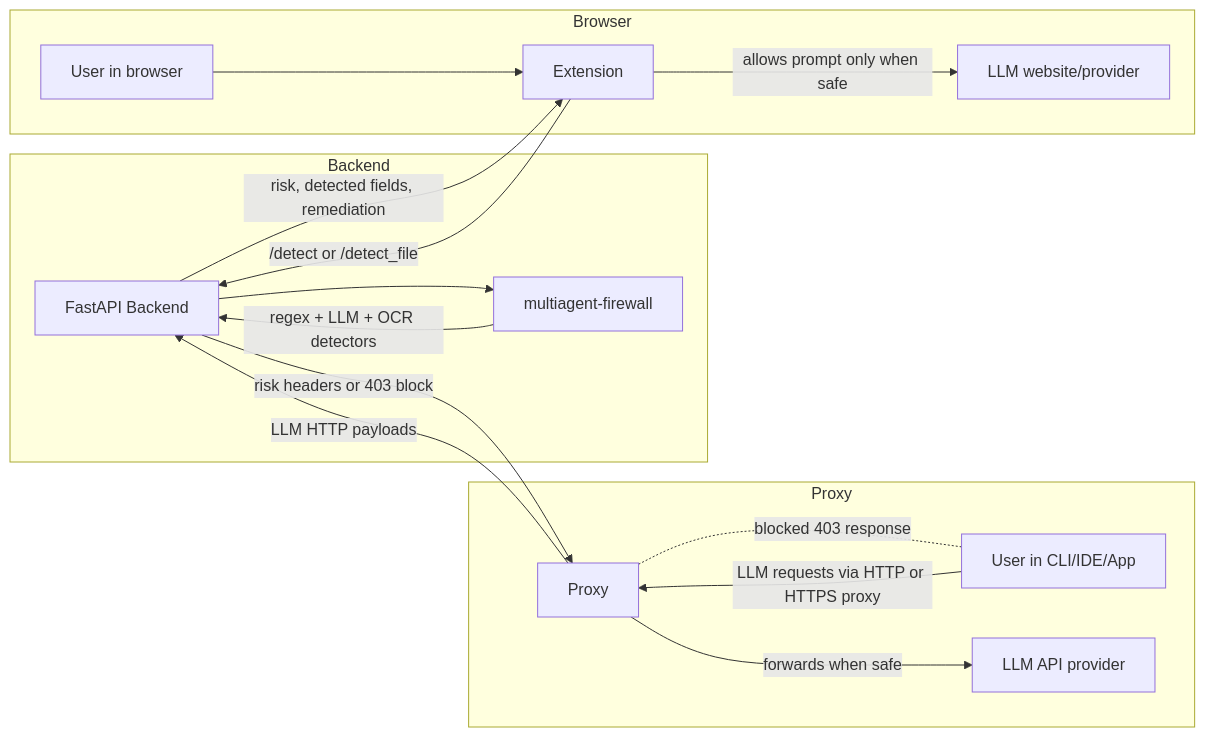
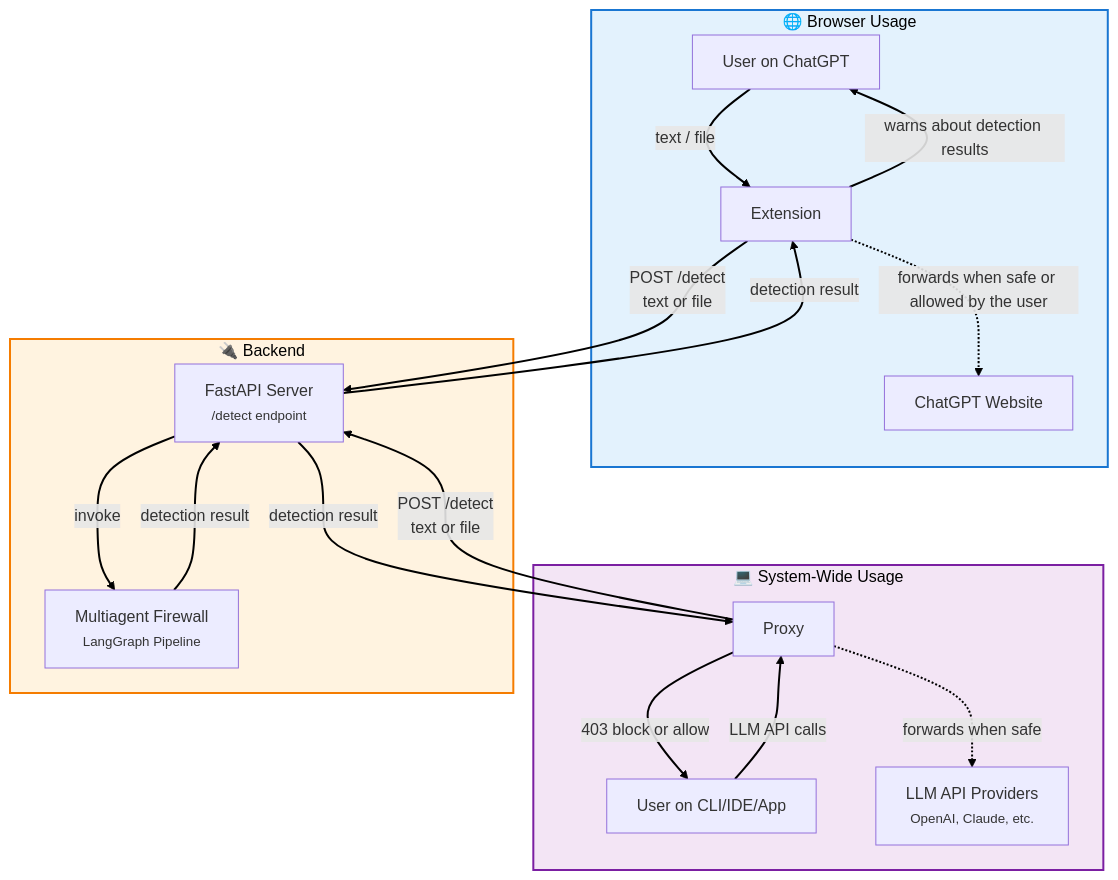
Before and after one commit to xHugo21/sensitive-data-detector: the diagram in README.md, drawn with Mermaid. The commit also changed other lines of this file, not shown here.

Commit message:
docs: remove exclusive features section from readme

````diff
--- a/README.md
+++ b/README.md
@@ -21,26 +21,37 @@
 ```mermaid
-flowchart LR
-  subgraph Backend["Backend"]
-    B[FastAPI Backend]
-    B --> O[multiagent-firewall]
-    O -->|regex + LLM + OCR detectors| B
-  end
+flowchart TB
+    subgraph Browser["🌐 Browser Usage"]
+        USER1[User on ChatGPT]
+        EXT[Extension]
+        CHATGPT[ChatGPT Website]
+        
+        USER1 -->|text / file| EXT
+        EXT -->|warns about detection results| USER1
+        EXT -.->|forwards when safe or allowed by the user| CHATGPT
+    end
+    subgraph SystemWide["💻 System-Wide Usage"]
+        USER2[User on CLI/IDE/App]
+        PROXY[Proxy]
+        LLMAPI[LLM API Providers<br/><small>OpenAI, Claude, etc.</small>]
+        
+        USER2 -->|LLM API calls| PROXY
+        PROXY -->|403 block or allow| USER2
+        PROXY -.->|forwards when safe| LLMAPI
+    end
+    subgraph Backend["🔌 Backend"]
+        API[FastAPI Server<br/><small>/detect endpoint</small>]
+        FIREWALL[Multiagent Firewall<br/><small>LangGraph Pipeline</small>]
+        API -->|invoke | FIREWALL
+        FIREWALL -->|detection result| API
+    end
+    EXT -->|POST /detect<br/>text or file| API
+    PROXY -->|POST /detect<br/>text or file| API
+    
+    API -->|detection result| EXT
+    API -->|detection result| PROXY
+    style Browser fill:#e3f2fd,stroke:#1976d2,stroke-width:2px,color:#000
+    style SystemWide fill:#f3e5f5,stroke:#7b1fa2,stroke-width:2px,color:#000
+    style Backend fill:#fff3e0,stroke:#f57c00,stroke-width:2px,color:#000
 
-  subgraph Browser
-    U[User in browser] --> E[Extension]
-    E -->|/detect or /detect_file| B
-
-    E -->|allows prompt only when safe| S[LLM website/provider]
-  end
-
-  subgraph Proxy["Proxy"]
-    A[User in CLI/IDE/App] -->|LLM requests via HTTP or HTTPS proxy| P[Proxy]
-    P -->|LLM HTTP payloads| B
-    P -->|forwards when safe| L[LLM API provider]
-    P -.blocked 403 response.- A
-  end
-
-  B -->|risk, detected fields, remediation| E
-  B -->|risk headers or 403 block| P
-
+    linkStyle default stroke:#000,stroke-width:2px
 ```
````
